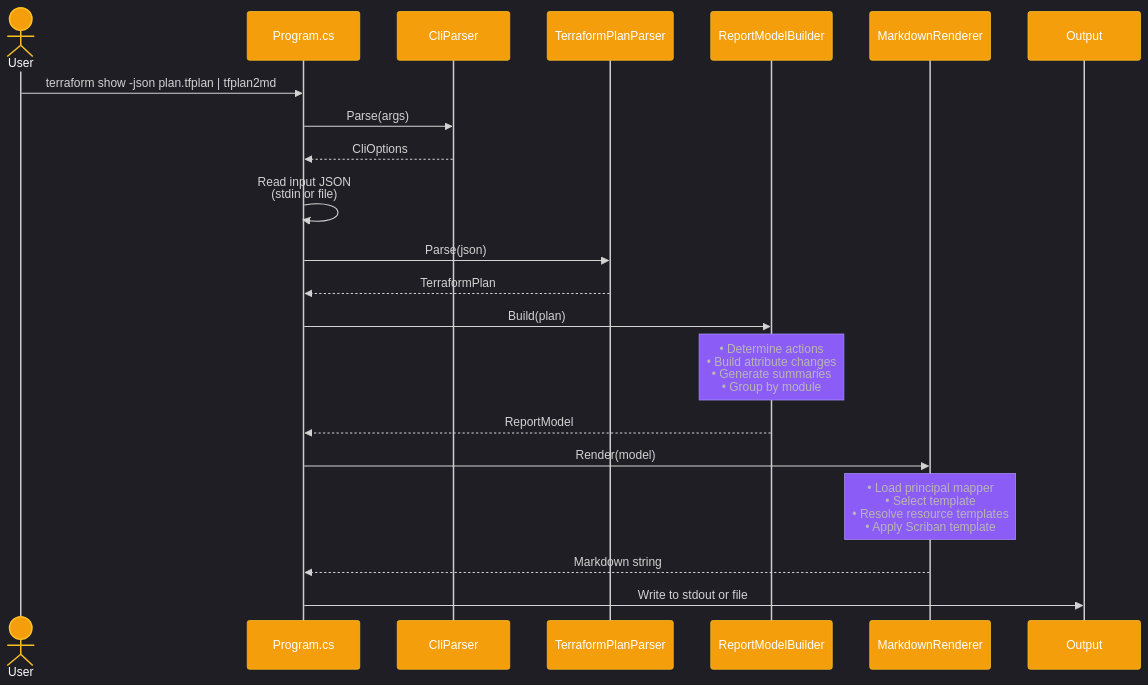
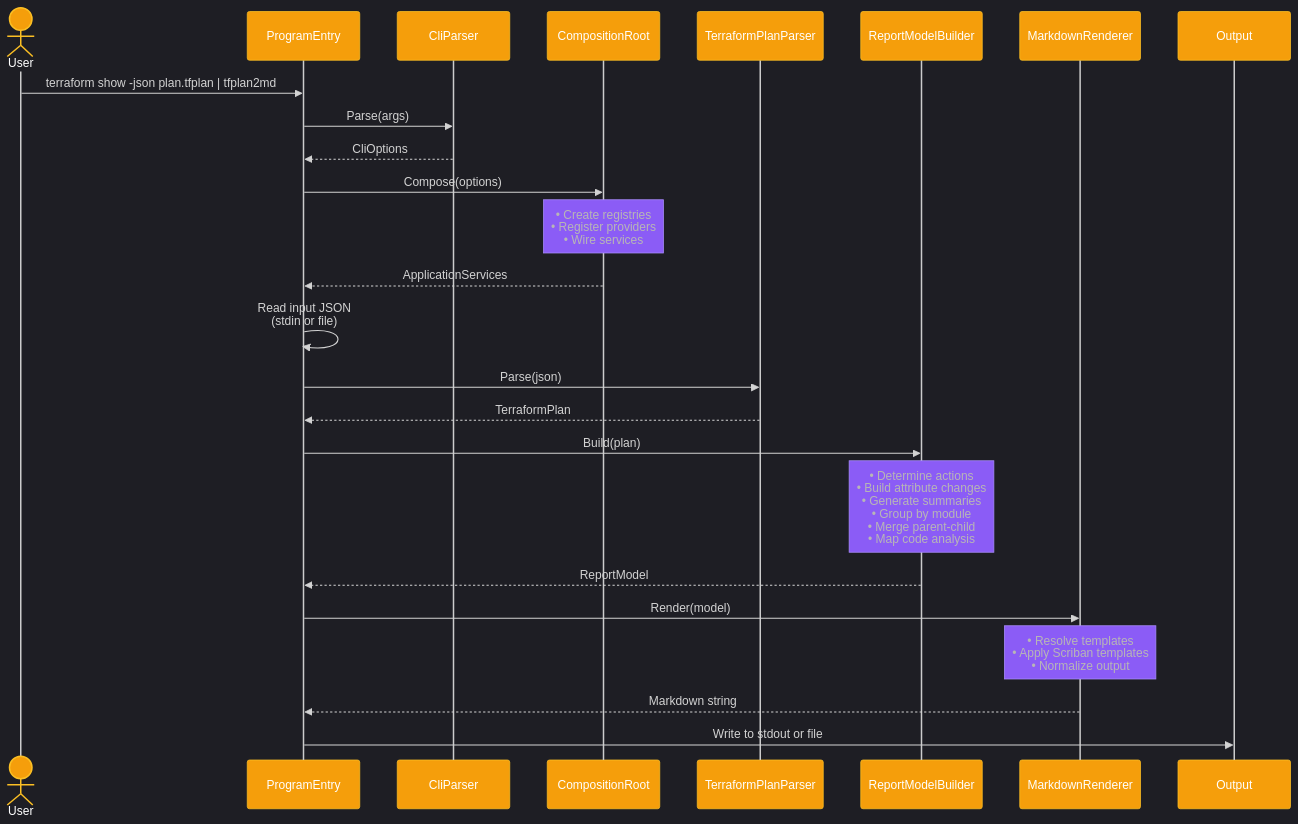
Before and after one commit to Wolfsrudel/iac-hc-terraform-tfplan2md: the tenth of 18 diagrams in docs/architecture.md, drawn with Mermaid. The commit also changed other lines of this file, not shown here.

Commit message:
docs: comprehensive update to architecture.md reflecting current implementation

````diff
--- a/docs/architecture.md
+++ b/docs/architecture.md
@@ -721,25 +991,29 @@
 ```mermaid
 %%{init: {'theme':'dark', 'themeVariables': { 'fontSize':'16px', 'fontFamily':'ui-sans-serif, system-ui, sans-serif', 'actorBkg':'#f59e0b', 'actorBorder':'#fbbf24', 'actorTextColor':'#ffffff', 'noteBkgColor':'#8b5cf6', 'noteBorderColor':'#a78bfa'}}}%%
 sequenceDiagram
     actor User
-    participant CLI as Program.cs
+    participant Entry as ProgramEntry
     participant Parser as CliParser
+    participant DI as CompositionRoot
     participant TFParser as TerraformPlanParser
     participant Builder as ReportModelBuilder
     participant Renderer as MarkdownRenderer
     participant Output
     
-    User->>CLI: terraform show -json plan.tfplan | tfplan2md
-    CLI->>Parser: Parse(args)
-    Parser-->>CLI: CliOptions
-    CLI->>CLI: Read input JSON<br/>(stdin or file)
-    CLI->>TFParser: Parse(json)
-    TFParser-->>CLI: TerraformPlan
-    CLI->>Builder: Build(plan)
-    Note over Builder: • Determine actions<br/>• Build attribute changes<br/>• Generate summaries<br/>• Group by module
-    Builder-->>CLI: ReportModel
-    CLI->>Renderer: Render(model)
-    Note over Renderer: • Load principal mapper<br/>• Select template<br/>• Resolve resource templates<br/>• Apply Scriban template
-    Renderer-->>CLI: Markdown string
-    CLI->>Output: Write to stdout or file
+    User->>Entry: terraform show -json plan.tfplan | tfplan2md
+    Entry->>Parser: Parse(args)
+    Parser-->>Entry: CliOptions
+    Entry->>DI: Compose(options)
+    Note over DI: • Create registries<br/>• Register providers<br/>• Wire services
+    DI-->>Entry: ApplicationServices
+    Entry->>Entry: Read input JSON<br/>(stdin or file)
+    Entry->>TFParser: Parse(json)
+    TFParser-->>Entry: TerraformPlan
+    Entry->>Builder: Build(plan)
+    Note over Builder: • Determine actions<br/>• Build attribute changes<br/>• Generate summaries<br/>• Group by module<br/>• Merge parent-child<br/>• Map code analysis
+    Builder-->>Entry: ReportModel
+    Entry->>Renderer: Render(model)
+    Note over Renderer: • Resolve templates<br/>• Apply Scriban templates<br/>• Normalize output
+    Renderer-->>Entry: Markdown string
+    Entry->>Output: Write to stdout or file
 ```
````
